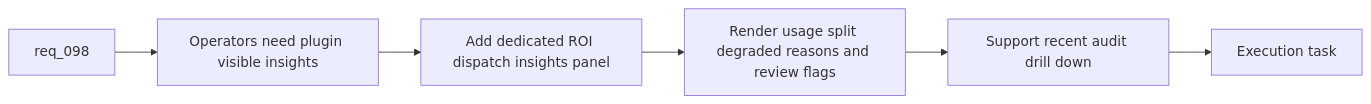
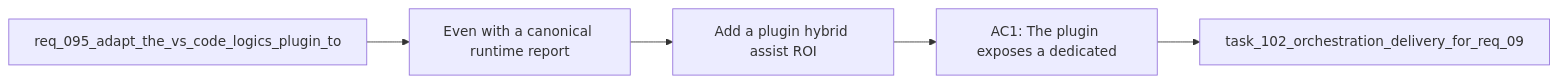
One commit to AlexAgo83/logics-manager changed the diagram in logics/backlog/item_166_add_a_plugin_hybrid_assist_roi_dispatch_insights_surface_with_recent_audit_drill_down.md. Above: the diagram before and after it, drawn with Mermaid. The commit also changed 481 other files, not shown here.

````diff
--- a/logics/backlog/item_166_add_a_plugin_hybrid_assist_roi_dispatch_insights_surface_with_recent_audit_drill_down.md
+++ b/logics/backlog/item_166_add_a_plugin_hybrid_assist_roi_dispatch_insights_surface_with_recent_audit_drill_down.md
@@ -28,10 +28,9 @@
 ```mermaid
 %% logics-kind: backlog
 %% logics-signature: backlog|add-a-plugin-hybrid-assist-roi-dispatch-|req-095-adapt-the-vs-code-logics-plugin-|even-with-a-canonical-runtime-report|ac1-the-plugin-exposes-a-dedicated
 flowchart LR
-    Request[req_098] --> Problem[Operators need plugin visible insights]
-    Problem --> Surface[Add dedicated ROI dispatch insights panel]
-    Surface --> Metrics[Render usage split degraded reasons and review flags]
-    Metrics --> Drilldown[Support recent audit drill down]
-    Drilldown --> Done[Execution task]
+    Request[req_095_adapt_the_vs_code_logics_plugin_to] --> Problem[Even with a canonical runtime report]
+    Problem --> Scope[Add a plugin hybrid assist ROI]
+    Scope --> Acceptance[AC1: The plugin exposes a dedicated]
+    Acceptance --> Tasks[task_102_orchestration_delivery_for_req_09]
 ```
````
